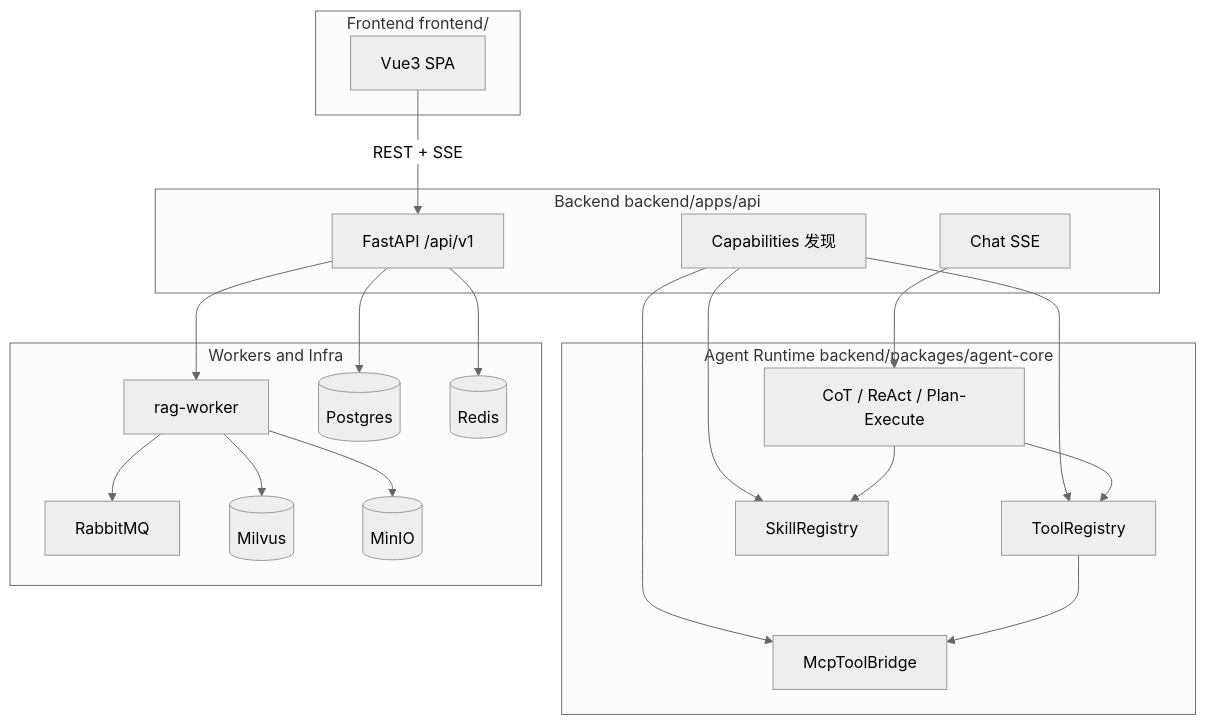
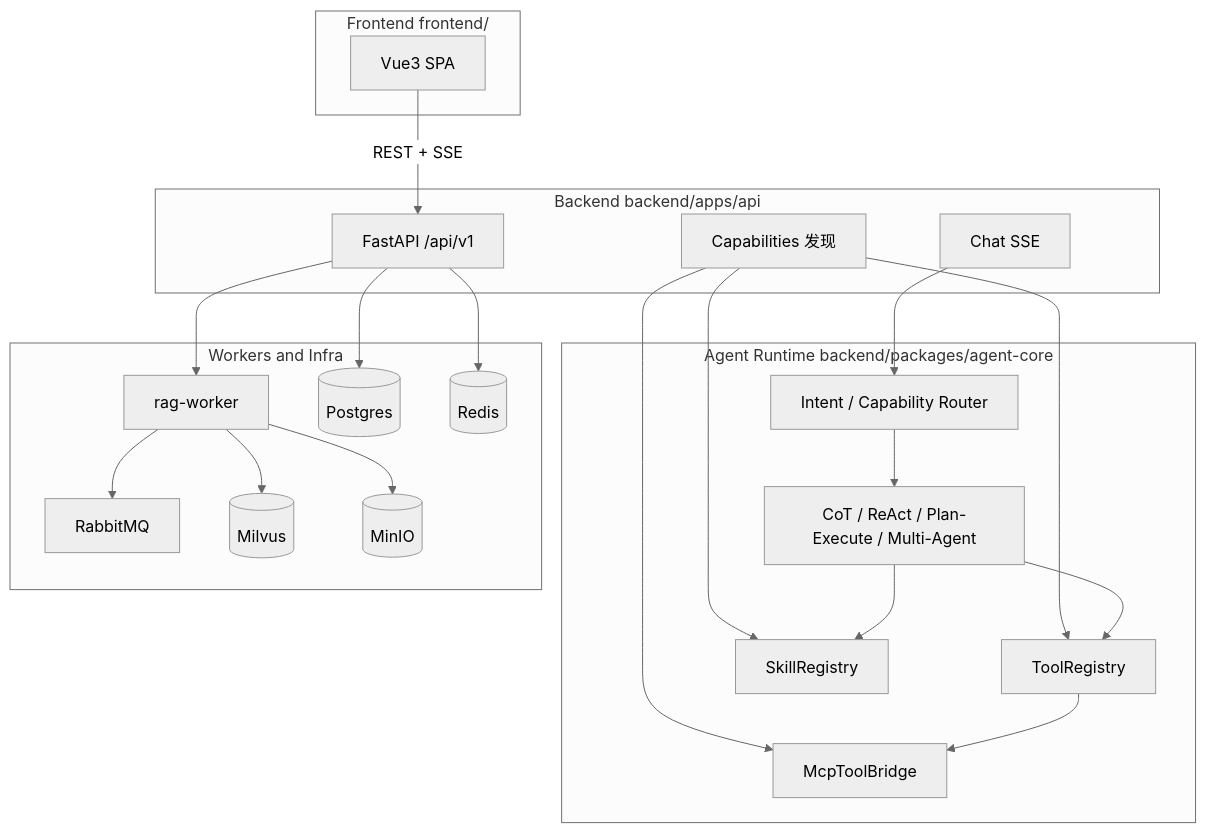
Before and after one commit to NIU-GX/agent: the first of 2 diagrams in docs/architecture.md, drawn with Mermaid (neutral theme). The commit also changed other lines of this file and 30 other files, not shown here.

Commit message:
feat(agent): implement multi-agent routing capabilities, enhance intent routing, and add web search integration; update environment configuration and documentation

````diff
--- a/docs/architecture.md
+++ b/docs/architecture.md
@@ -7,39 +7,41 @@
 ```mermaid
 flowchart TB
   subgraph frontend [Frontend frontend/]
     SPA[Vue3 SPA]
   end
   subgraph backend [Backend backend/apps/api]
     API[FastAPI /api/v1]
     Caps[Capabilities 发现]
     Chat[Chat SSE]
   end
   subgraph runtime [Agent Runtime backend/packages/agent-core]
-    Strategies[CoT / ReAct / Plan-Execute]
+    Intent[Intent / Capability Router]
+    Strategies[CoT / ReAct / Plan-Execute / Multi-Agent]
     Tools[ToolRegistry]
     MCP[McpToolBridge]
     Skills[SkillRegistry]
   end
   subgraph workers [Workers and Infra]
     RagWorker[rag-worker]
     PG[(Postgres)]
     MQ[RabbitMQ]
     Milvus[(Milvus)]
     MinIO[(MinIO)]
     Redis[(Redis)]
   end
   SPA -->|"REST + SSE"| API
   Caps --> Tools
   Caps --> MCP
   Caps --> Skills
-  Chat --> Strategies
+  Chat --> Intent
+  Intent --> Strategies
   Strategies --> Tools
   Strategies --> Skills
   Tools --> MCP
   API --> RagWorker
   RagWorker --> MQ
   RagWorker --> Milvus
   RagWorker --> MinIO
   API --> PG
   API --> Redis
 ```
````
